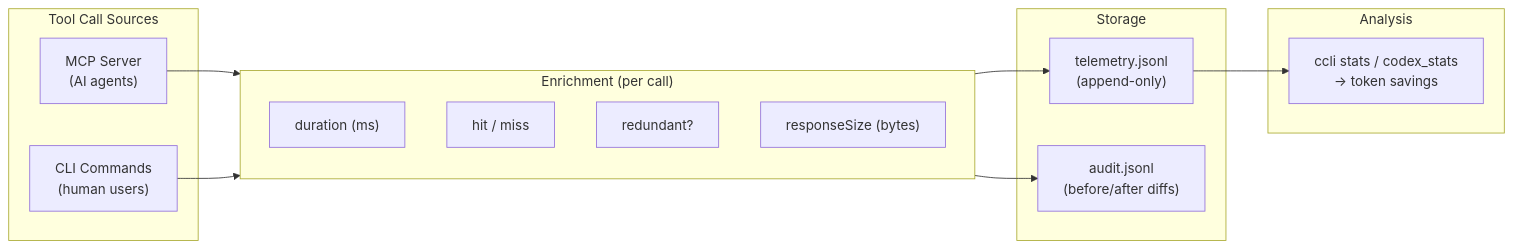
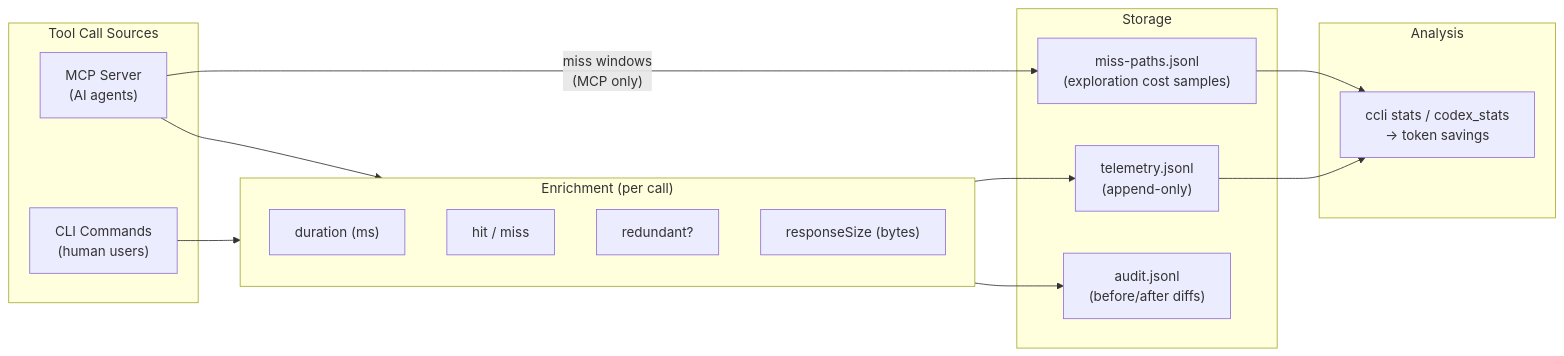
One commit to seabearDEV/codexCLI changed the sixth of 6 diagrams in docs/token-savings.md. Above: the diagram before and after it, drawn with Mermaid. The commit also changed other lines of this file and 16 other files, not shown here.

````diff
--- a/docs/token-savings.md
+++ b/docs/token-savings.md
@@ -288,34 +360,39 @@
 ```mermaid
 flowchart LR
     subgraph sources ["Tool Call Sources"]
         MCP["MCP Server
         (AI agents)"]
         CLI["CLI Commands
         (human users)"]
     end
 
     subgraph enrichment ["Enrichment (per call)"]
         DUR["duration (ms)"]
         HIT["hit / miss"]
         RED["redundant?"]
         SIZE["responseSize (bytes)"]
     end
 
     subgraph storage ["Storage"]
         TEL["telemetry.jsonl
         (append-only)"]
         AUD["audit.jsonl
         (before/after diffs)"]
+        MP["miss-paths.jsonl
+        (exploration cost samples)"]
     end
 
     subgraph analysis ["Analysis"]
         STATS["ccli stats / codex_stats
         → token savings"]
     end
 
     MCP --> enrichment
     CLI --> enrichment
     enrichment --> TEL
     enrichment --> AUD
+    MCP -->|"miss windows
+    (MCP only)"| MP
     TEL --> STATS
+    MP --> STATS
 ```
````
